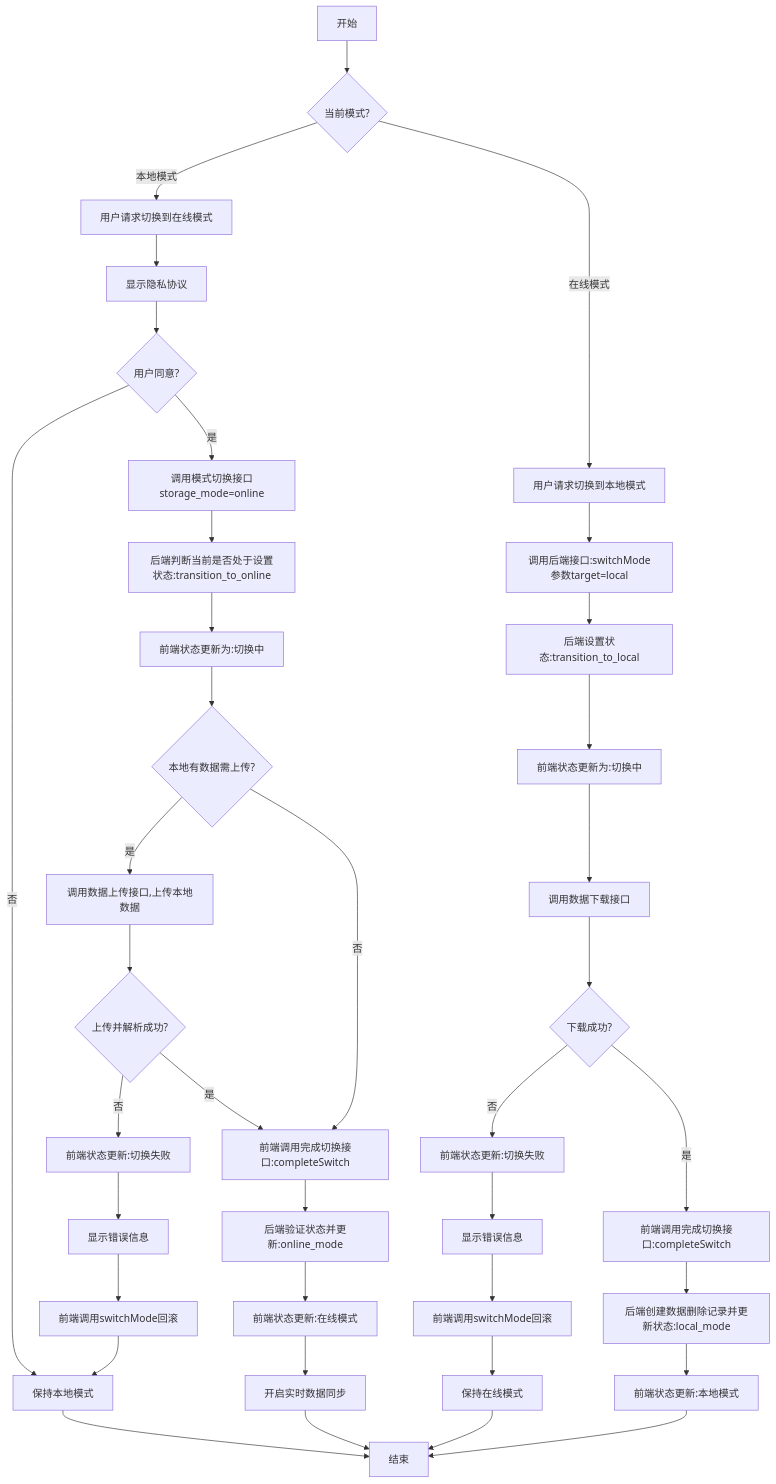
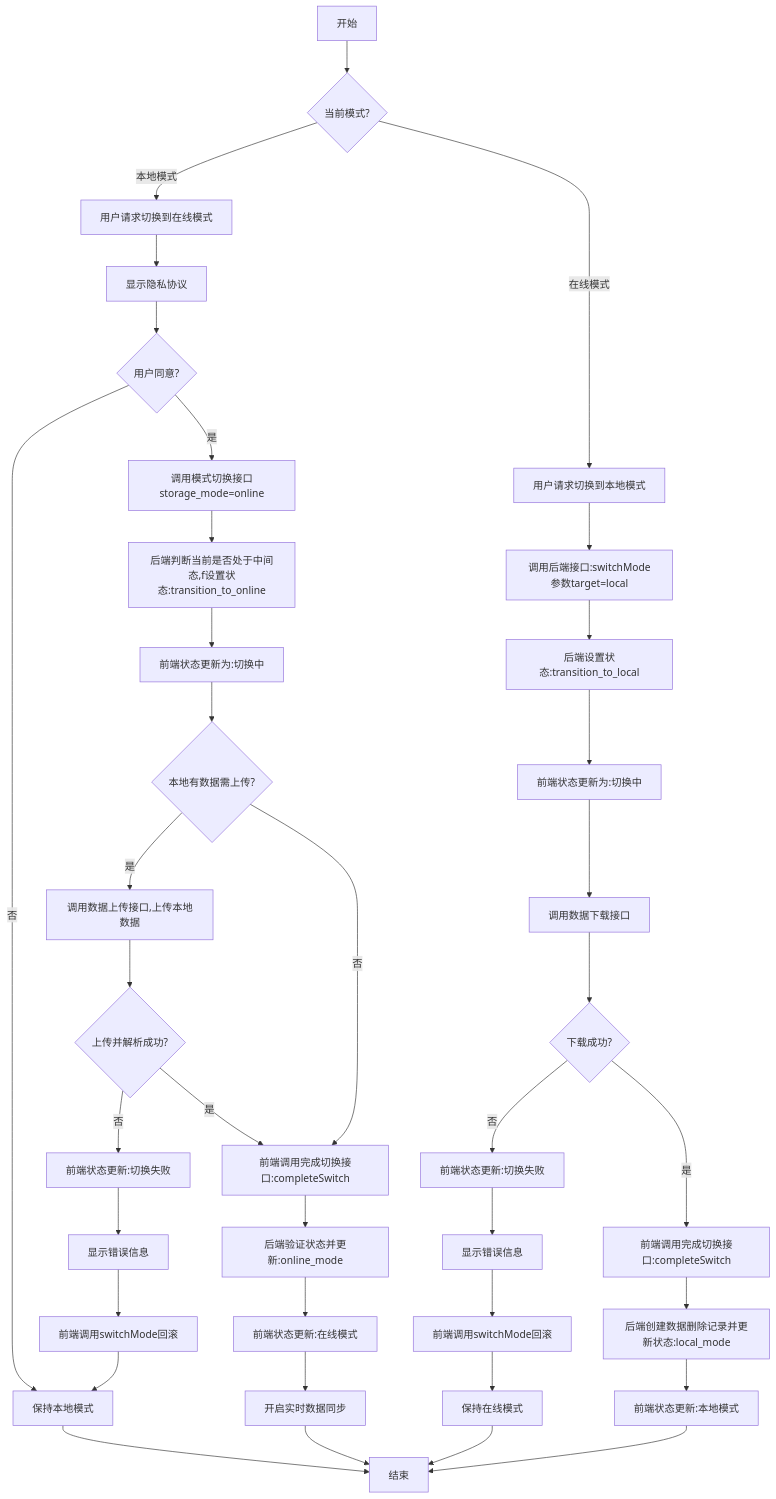
One commit to yingjianzh/iodraw-files changed the diagram in all/未命名-58.md. Above: the diagram before and after it, drawn with Mermaid.

Commit message:
2025-05-14 10:34:54 update

````diff
--- a/all/未命名-58.md
+++ b/all/未命名-58.md
@@ -1,51 +1,51 @@
 ```mermaid
 flowchart TD
     A[开始] --> B{当前模式?}
     
     %% 本地模式转在线模式
     B -->|本地模式| C[用户请求切换到在线模式]
     C --> D[显示隐私协议]
     D --> E{用户同意?}
     E -->|否| F[保持本地模式]
     F --> Z[结束]
     
     E -->|是| G[调用模式切换接口storage_mode=online]
-    G --> H[后端判断当前是否处于设置状态:transition_to_online]
+    G --> H[后端判断当前是否处于中间态,f设置状态:transition_to_online]
     H --> I[前端状态更新为:切换中]
     
     I --> J{本地有数据需上传?}
     
     J -->|是| L[调用数据上传接口,上传本地数据]
     L --> M{上传并解析成功?}
     M -->|否| O[前端状态更新:切换失败]
     O --> P[显示错误信息]
     P --> Q[前端调用switchMode回滚]
     Q --> F
     
     J -->|否| R[前端调用完成切换接口:completeSwitch]
     M -->|是| R
     
     R --> S[后端验证状态并更新:online_mode]
     S --> T[前端状态更新:在线模式]
     T --> U[开启实时数据同步]
     U --> Z
     
     %% 在线模式转本地模式
     B -->|在线模式| V[用户请求切换到本地模式]
     V --> W[调用后端接口:switchMode参数target=local]
     W --> X[后端设置状态:transition_to_local]
     X --> Y[前端状态更新为:切换中]
     
     Y --> Z1[调用数据下载接口]
     Z1 --> AA{下载成功?}
     AA -->|否| AB[前端状态更新:切换失败]
     AB --> AC[显示错误信息]
     AC --> AD[前端调用switchMode回滚]
     AD --> AE[保持在线模式]
     AE --> Z
     
     AA -->|是| AF[前端调用完成切换接口:completeSwitch]
     AF --> AG[后端创建数据删除记录并更新状态:local_mode]
     AG --> AH[前端状态更新:本地模式]
     AH --> Z
 ```
````
